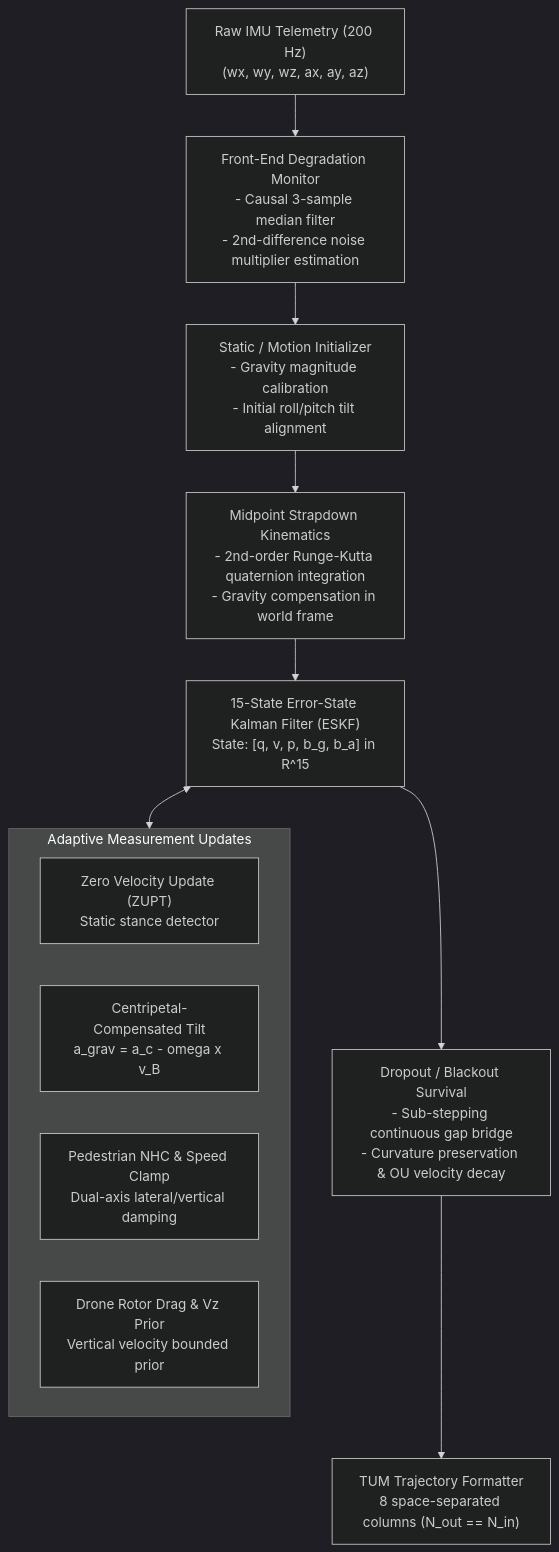
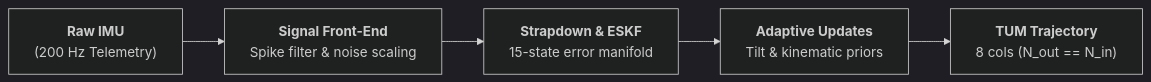
The diagram in README.md (jeeva-m-21/samsung-track3-pathfinder), drawn with Mermaid (dark theme) before and after one commit. The commit also changed other lines of this file and 2 other files, not shown here.

Commit message:
docs: streamline architecture diagram to simple horizontal pipeline and elevate README

````diff
--- a/README.md
+++ b/README.md
@@ -97,18 +49,7 @@
 ```mermaid
-flowchart TD
-    A["Raw IMU Telemetry (200 Hz)<br/>(wx, wy, wz, ax, ay, az)"] --> B["Front-End Degradation Monitor<br/>- Causal 3-sample median filter<br/>- 2nd-difference noise multiplier estimation"]
-    B --> C["Static / Motion Initializer<br/>- Gravity magnitude calibration<br/>- Initial roll/pitch tilt alignment"]
-    C --> D["Midpoint Strapdown Kinematics<br/>- 2nd-order Runge-Kutta quaternion integration<br/>- Gravity compensation in world frame"]
-    D --> E["15-State Error-State Kalman Filter (ESKF)<br/>State: [q, v, p, b_g, b_a] in R^15"]
-    
-    subgraph Updates["Adaptive Measurement Updates"]
-        F1["Zero Velocity Update (ZUPT)<br/>Static stance detector"]
-        F2["Centripetal-Compensated Tilt<br/>a_grav = a_c - omega x v_B"]
-        F3["Pedestrian NHC & Speed Clamp<br/>Dual-axis lateral/vertical damping"]
-        F4["Drone Rotor Drag & Vz Prior<br/>Vertical velocity bounded prior"]
-    end
-
-    E <--> Updates
-    E --> G["Dropout / Blackout Survival<br/>- Sub-stepping continuous gap bridge<br/>- Curvature preservation & OU velocity decay"]
-    G --> H["TUM Trajectory Formatter<br/>8 space-separated columns (N_out == N_in)"]
+flowchart LR
+    A["<b>Raw IMU</b><br/>(200 Hz Telemetry)"] --> B["<b>Signal Front-End</b><br/>Spike filter & noise scaling"]
+    B --> C["<b>Strapdown & ESKF</b><br/>15-state error manifold"]
+    C --> D["<b>Adaptive Updates</b><br/>Tilt & kinematic priors"]
+    D --> E["<b>TUM Trajectory</b><br/>8 cols (N_out == N_in)"]
 ```
````
